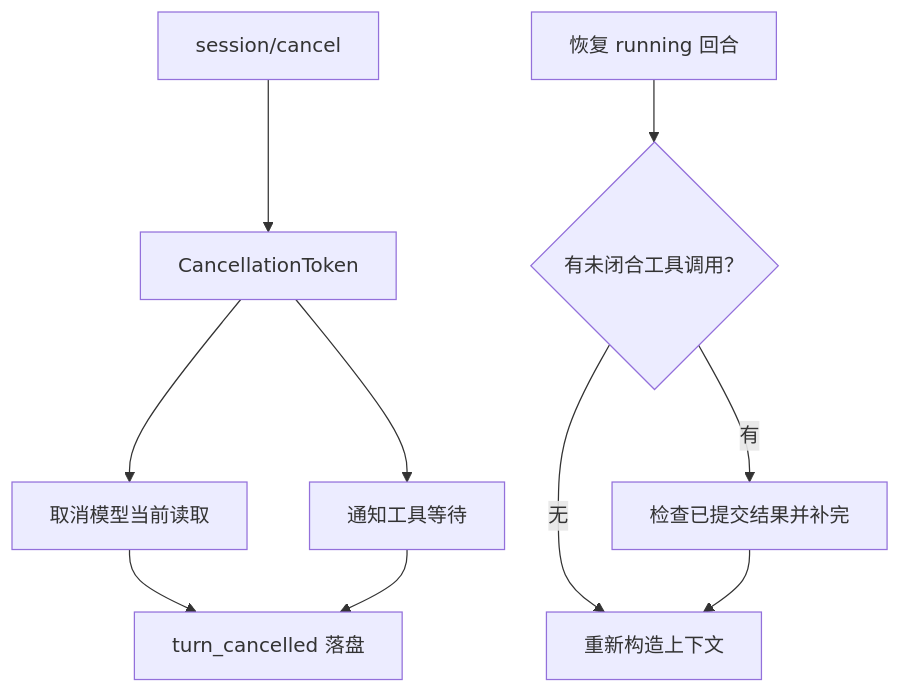
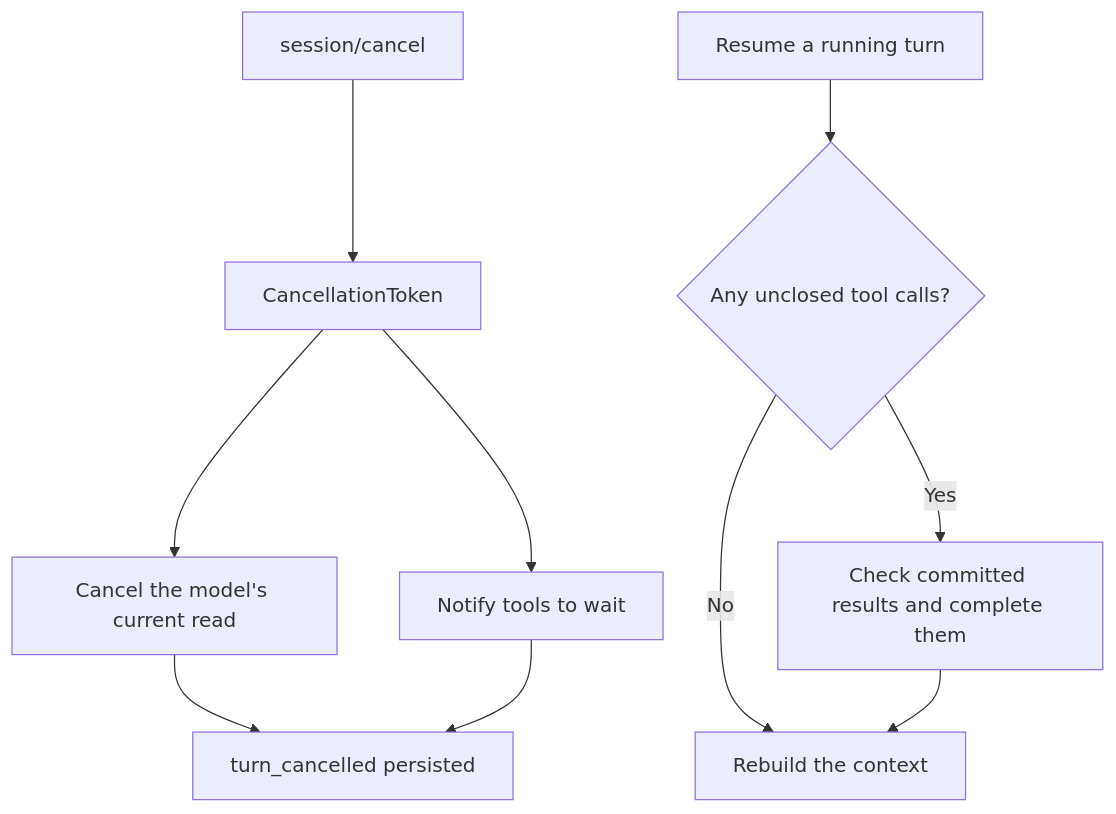
Before and after one commit to Azzurroooo/rind: the diagram in docs/internals/01-runtime/cancellation-and-recovery.md, drawn with Mermaid. The commit also changed other lines of this file and 109 other files, not shown here.

```diff
--- a/docs/internals/01-runtime/cancellation-and-recovery.md
+++ b/docs/internals/01-runtime/cancellation-and-recovery.md
@@ -5,12 +7,12 @@
 ~~~mermaid
 flowchart TD
     C["session/cancel"] --> T["CancellationToken"]
-    T --> M["取消模型当前读取"]
-    T --> X["通知工具等待"]
-    M --> END["turn_cancelled 落盘"]
+    T --> M["Cancel the model's current read"]
+    T --> X["Notify tools to wait"]
+    M --> END["turn_cancelled persisted"]
     X --> END
-    R["恢复 running 回合"] --> P{"有未闭合工具调用？"}
-    P -->|"有"| D["检查已提交结果并补完"]
-    P -->|"无"| S["重新构造上下文"]
+    R["Resume a running turn"] --> P{"Any unclosed tool calls?"}
+    P -->|"Yes"| D["Check committed results and complete them"]
+    P -->|"No"| S["Rebuild the context"]
     D --> S
 ~~~
```
